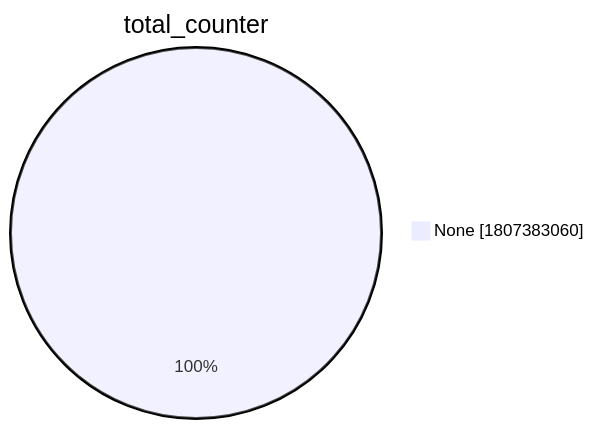
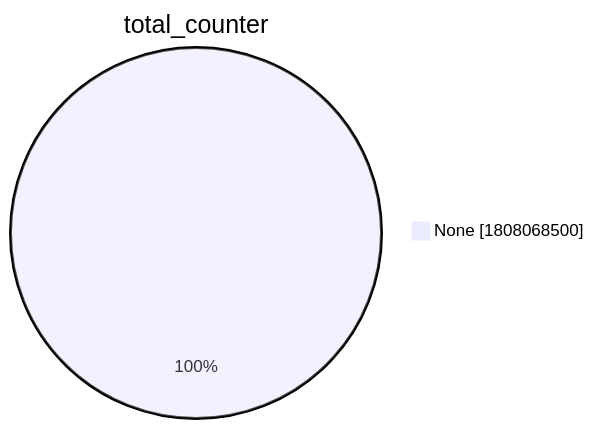
Before and after one commit to christiankrug/ctmonitor_visualization: the second of 15 diagrams in xenon2022/README.md, drawn with Mermaid. The commit also changed other lines of this file, not shown here.

````diff
--- a/xenon2022/README.md
+++ b/xenon2022/README.md
@@ -9,5 +9,5 @@
 ```mermaid
 pie showData
 title total_counter
-"None" :1807383060
+"None" :1808068500
 ```
````
